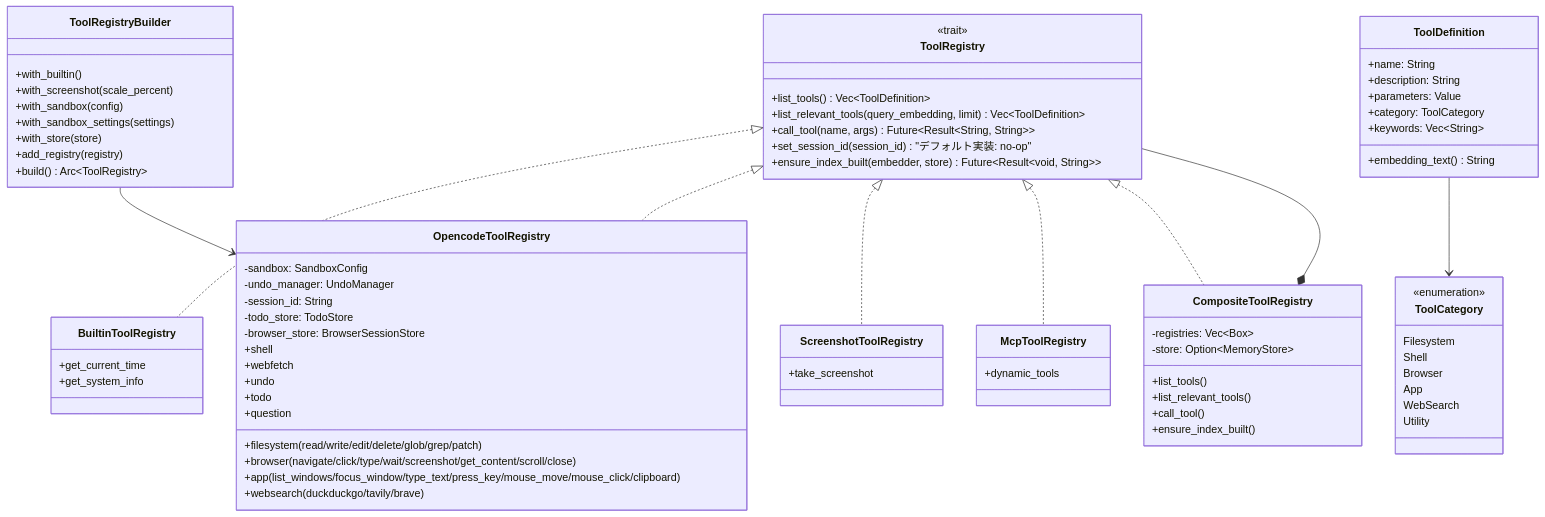
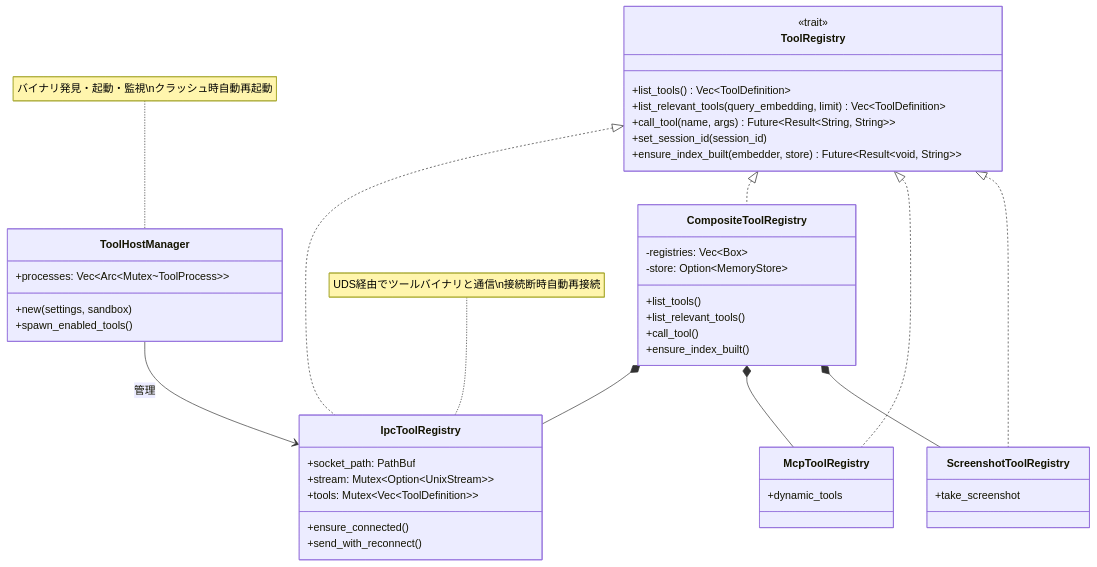
Before and after one commit to pexisgle/ene: diagram 11 of 15 in docs/ai-core-flow.md, drawn with Mermaid. The commit also changed other lines of this file and 1 other file, not shown here.

First line of the commit message:
docs: update ai-core-flow.md and tool-ipc-migration.md for IPC architecture

````diff
--- a/docs/ai-core-flow.md
+++ b/docs/ai-core-flow.md
@@ -372,68 +456,25 @@
         +list_tools() Vec~ToolDefinition~
         +list_relevant_tools(query_embedding, limit) Vec~ToolDefinition~
         +call_tool(name, args) Future~Result&lt;String, String&gt;~
-        +set_session_id(session_id) "デフォルト実装: no-op"
+        +set_session_id(session_id)
         +ensure_index_built(embedder, store) Future~Result&lt;void, String&gt;~
     }
 
-    class ToolDefinition {
-        +name: String
-        +description: String
-        +parameters: Value
-        +category: ToolCategory
-        +keywords: Vec~String~
-        +embedding_text() String
+    class ToolHostManager {
+        +new(settings, sandbox)
+        +spawn_enabled_tools()
+        +processes: Vec~Arc~Mutex~ToolProcess~~
     }
+    note for ToolHostManager "バイナリ発見・起動・監視\nクラッシュ時自動再起動"
 
-    class ToolCategory {
-        <<enumeration>>
-        Filesystem
-        Shell
-        Browser
-        App
-        WebSearch
-        Utility
+    class IpcToolRegistry {
+        +socket_path: PathBuf
+        +stream: Mutex~Option~UnixStream~~
+        +tools: Mutex~Vec~ToolDefinition~~
+        +ensure_connected()
+        +send_with_reconnect()
     }
-
-    class ToolRegistryBuilder {
-        +with_builtin()
-        +with_screenshot(scale_percent)
-        +with_sandbox(config)
-        +with_sandbox_settings(settings)
-        +with_store(store)
-        +add_registry(registry)
-        +build() Arc~ToolRegistry~
-    }
-
-    class BuiltinToolRegistry {
-        +get_current_time
-        +get_system_info
-    }
-
-    class OpencodeToolRegistry {
-        -sandbox: SandboxConfig
-        -undo_manager: UndoManager
-        -session_id: String
-        -todo_store: TodoStore
-        -browser_store: BrowserSessionStore
-        +filesystem (read/write/edit/delete/glob/grep/patch)
-        +shell
-        +browser (navigate/click/type/wait/screenshot/get_content/scroll/close)
-        +app (list_windows/focus_window/type_text/press_key/mouse_move/mouse_click/clipboard)
-        +webfetch
-        +websearch (duckduckgo/tavily/brave)
-        +undo
-        +todo
-        +question
-    }
-
-    class ScreenshotToolRegistry {
-        +take_screenshot
-    }
-
-    class McpToolRegistry {
-        +dynamic_tools
-    }
+    note for IpcToolRegistry "UDS経由でツールバイナリと通信\n接続断時自動再接続"
 
     class CompositeToolRegistry {
         -registries: Vec~Box~
@@ -444,12 +485,20 @@
         +ensure_index_built()
     }
 
-    ToolRegistry <|.. BuiltinToolRegistry
-    ToolRegistry <|.. OpencodeToolRegistry
+    class McpToolRegistry {
+        +dynamic_tools
+    }
+
+    class ScreenshotToolRegistry {
+        +take_screenshot
+    }
+
+    ToolRegistry <|.. IpcToolRegistry
+    ToolRegistry <|.. CompositeToolRegistry
+    ToolRegistry <|.. McpToolRegistry
     ToolRegistry <|.. ScreenshotToolRegistry
-    ToolRegistry <|.. McpToolRegistry
-    ToolRegistry <|.. CompositeToolRegistry
-    CompositeToolRegistry *-- ToolRegistry
-    ToolRegistryBuilder --> OpencodeToolRegistry
-    ToolDefinition --> ToolCategory
+    CompositeToolRegistry *-- IpcToolRegistry
+    CompositeToolRegistry *-- McpToolRegistry
+    CompositeToolRegistry *-- ScreenshotToolRegistry
+    ToolHostManager --> IpcToolRegistry : 管理
 ```
````
